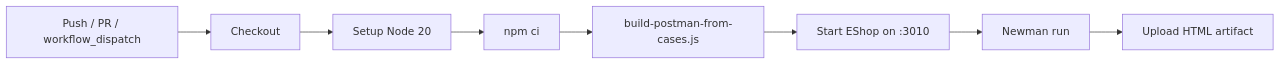
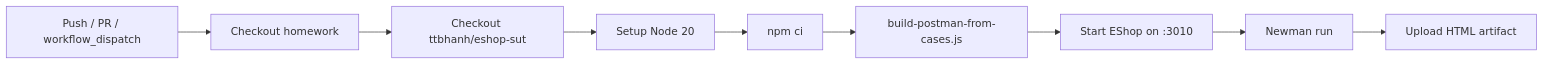
The diagram in docs/cicd-report.md (huynhgiaau27112005/23127153-hw06-ai-api), drawn with Mermaid before and after one commit. The commit also changed other lines of this file and 6 other files, not shown here.

````diff
--- a/docs/cicd-report.md
+++ b/docs/cicd-report.md
@@ -8,10 +9,11 @@
 ```mermaid
 flowchart LR
-  A[Push / PR / workflow_dispatch] --> B[Checkout]
-  B --> C[Setup Node 20]
-  C --> D[npm ci]
-  D --> E[build-postman-from-cases.js]
-  E --> F[Start EShop on :3010]
-  F --> G[Newman run]
-  G --> H[Upload HTML artifact]
+  A[Push / PR / workflow_dispatch] --> B[Checkout homework]
+  B --> C[Checkout ttbhanh/eshop-sut]
+  C --> D[Setup Node 20]
+  D --> E[npm ci]
+  E --> F[build-postman-from-cases.js]
+  F --> G[Start EShop on :3010]
+  G --> H[Newman run]
+  H --> I[Upload HTML artifact]
 ```
````
